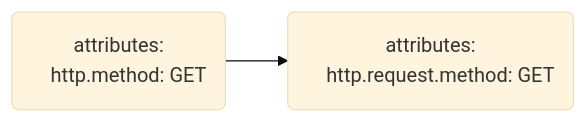
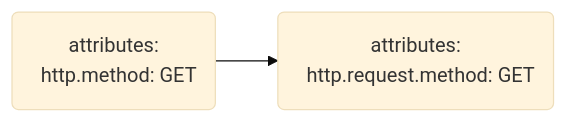
One commit to evan-bradley/ottl-cookbook changed the diagram in code/http-metrics-1-attr.mmd. Above: the diagram before and after it, drawn with Mermaid (base theme). The commit also changed 10 other files, not shown here.

```diff
--- a/code/http-metrics-1-attr.mmd
+++ b/code/http-metrics-1-attr.mmd
@@ -1,8 +1,8 @@
 flowchart LR
     log4(attributes:
-&nbsp;&nbsp;&nbsp;&nbsp;http.method: GET
+&nbsp;&nbsp;http.method: GET
     )
     log5(attributes:
-&nbsp;&nbsp;&nbsp;&nbsp;http.request.method: GET
+&nbsp;&nbsp;http.request.method: GET
     )
     log4 --> log5
```
